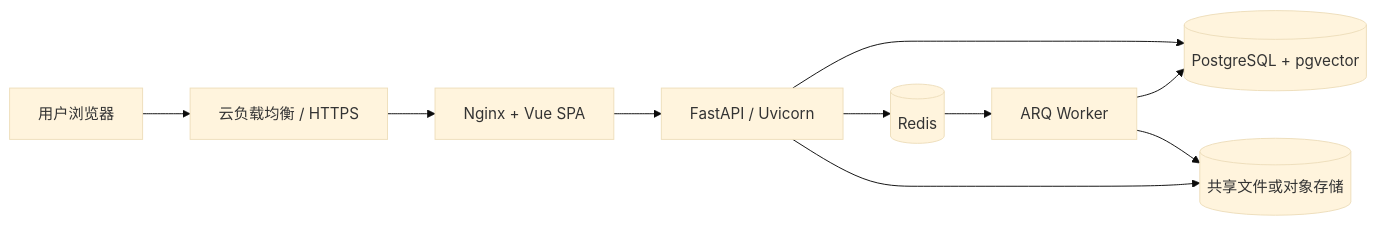
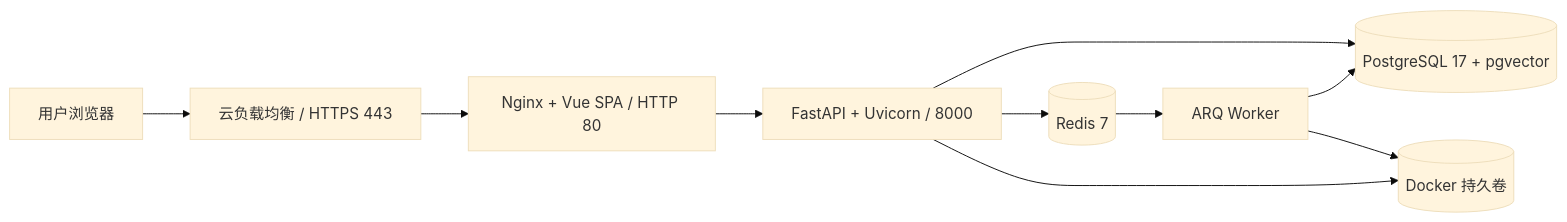
The diagram in docs/operations/cloud-fastapi-deployment.md (studynightfive/team_projects), drawn with Mermaid (base theme) before and after one commit. The commit also changed other lines of this file and 40 other files, not shown here.

````diff
--- a/docs/operations/cloud-fastapi-deployment.md
+++ b/docs/operations/cloud-fastapi-deployment.md
@@ -5,12 +19,12 @@
 ```mermaid
 flowchart LR
-    U[用户浏览器] --> L[云负载均衡 / HTTPS]
-    L --> N[Nginx + Vue SPA]
-    N --> A[FastAPI / Uvicorn]
-    A --> P[(PostgreSQL + pgvector)]
-    A --> R[(Redis)]
+    U[用户浏览器] --> L[云负载均衡 / HTTPS 443]
+    L --> N[Nginx + Vue SPA / HTTP 80]
+    N --> A[FastAPI + Uvicorn / 8000]
+    A --> P[(PostgreSQL 17 + pgvector)]
+    A --> R[(Redis 7)]
     R --> W[ARQ Worker]
     W --> P
-    A --> S[(共享文件或对象存储)]
+    A --> S[(Docker 持久卷)]
     W --> S
 ```
````
